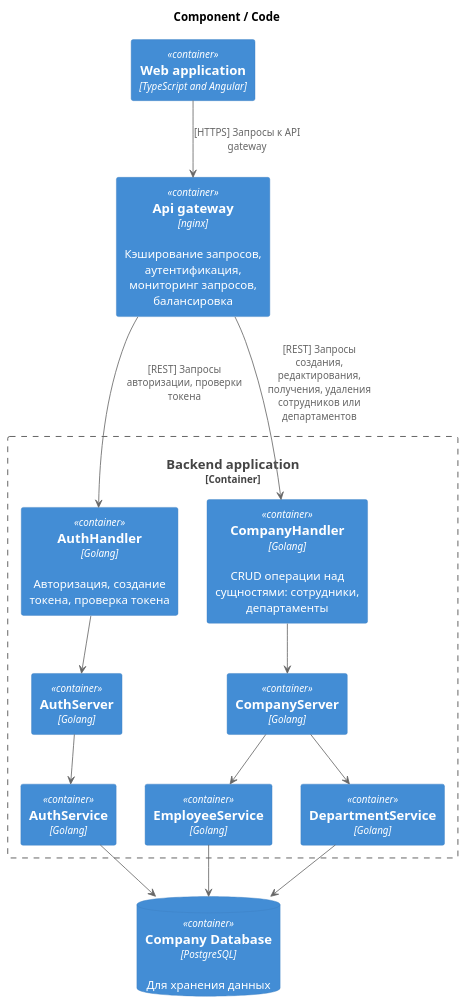
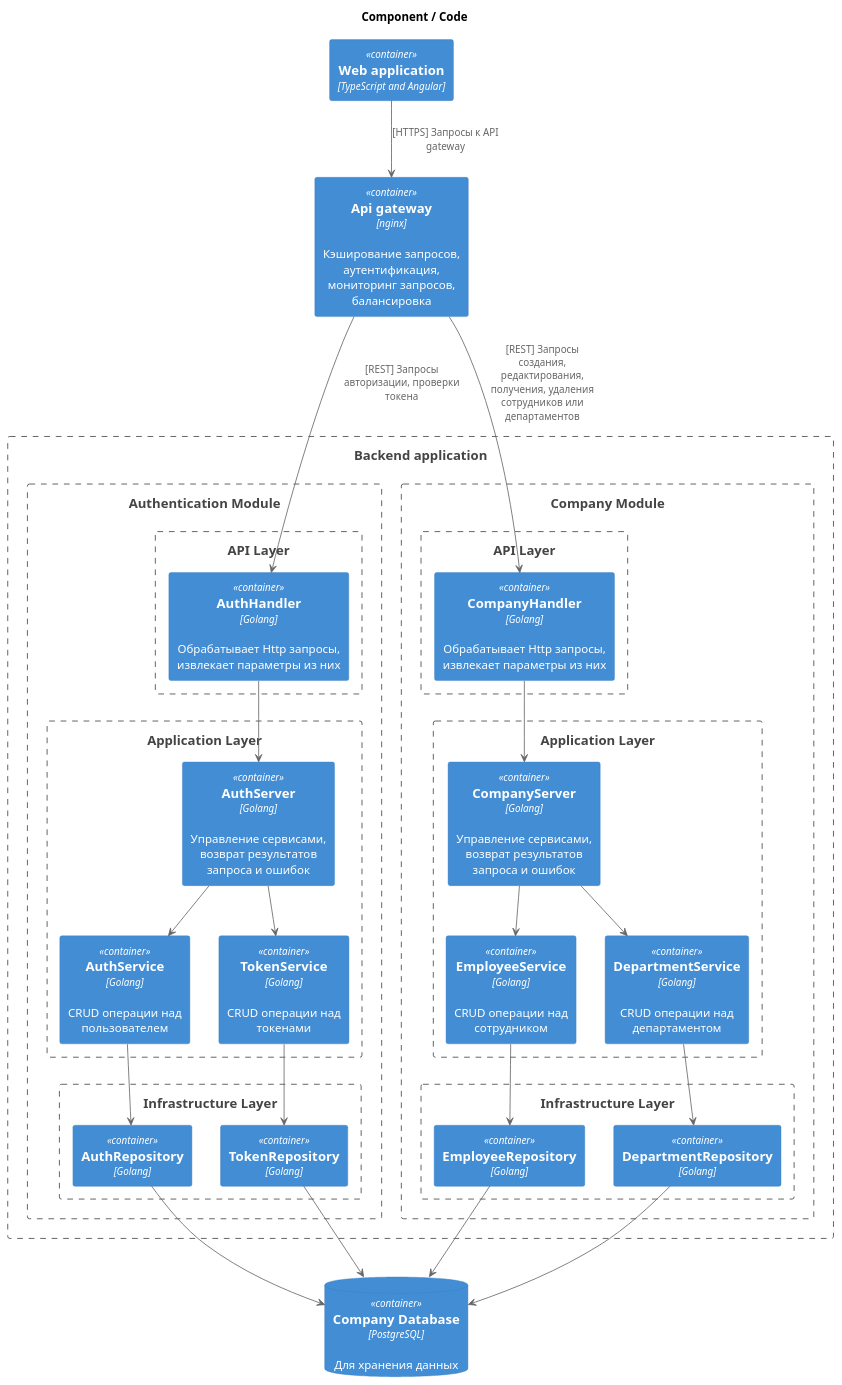
Before and after one commit to RoboutGulman/TeamTells: the diagram in 2. Teхнический проект/C4_component_code.plantuml, drawn with PlantUML. The commit also changed 1 other file, not shown here.

Commit message:
поправил диаграмму компонентов

```diff
--- a/2. Teхнический проект/C4_component_code.plantuml
+++ b/2. Teхнический проект/C4_component_code.plantuml
@@ -1,40 +1,77 @@
 @startuml Component
 !include https://raw.githubusercontent.com/plantuml-stdlib/C4-PlantUML/master/C4_Container.puml
 
 title Component / Code
 
+skinparam rectangle<<boundary>> {
+    Shadowing false
+    StereotypeFontSize 0
+    FontColor #444444
+    BorderColor #444444
+    BorderStyle dashed
+    BackgroundColor #FFFFFF
+}
+
 Container(web_app, "Web application", "TypeScript and Angular", "")
 
 Container(api_gateway, "Api gateway", "nginx", "Кэширование запросов, аутентификация, мониторинг запросов, балансировка")
 
-Container_Boundary(message_processing_system, "Backend application"){
-    
-    Container(auth_handler, "AuthHandler", "Golang", "Авторизация, создание токена, проверка токена")
-    Container(auth_server, "AuthServer", "Golang")
-    Container(auth_service, "AuthService", "Golang", "")
 
-    Container(company_handler, "CompanyHandler", "Golang", "CRUD операции над сущностями: сотрудники, департаменты")
-    Container(company_server, "CompanyServer", "Golang")
-    Container(employee_service, "EmployeeService", "Golang", "")
-    Container(department_service, "DepartmentService", "Golang", "")
-}
+  rectangle "==Backend application" <<boundary>> as backend {
+
+    rectangle "==Authentication Module" <<boundary>> as authModule {
+        rectangle "==API Layer" <<boundary>> as authAPILayer {
+            Container(auth_handler, "AuthHandler", "Golang", "Обрабатывает Http запросы, извлекает параметры из них")
+        }
+        rectangle "==Application Layer" <<boundary>> as authApplicationLayer {
+            Container(auth_server, "AuthServer", "Golang", "Управление сервисами, возврат результатов запроса и ошибок")
+            Container(auth_service, "AuthService", "Golang", "CRUD операции над пользователем")
+            Container(token_service, "TokenService", "Golang", "CRUD операции над токенами")
+        }
+        rectangle "==Infrastructure Layer" <<boundary>> as authInfrastructureLayer {
+            Container(auth_repo, "AuthRepository", "Golang", "")
+            Container(token_repo, "TokenRepository", "Golang", "")
+        }
+    }
+    rectangle "==Company Module" <<boundary>> as companyModule {
+            rectangle "==API Layer" <<boundary>> as companyAPILayer {
+                Container(company_handler, "CompanyHandler", "Golang", "Обрабатывает Http запросы, извлекает параметры из них")
+            }
+            rectangle "==Application Layer" <<boundary>> as companyApplicationLayer {
+                Container(company_server, "CompanyServer", "Golang", "Управление сервисами, возврат результатов запроса и ошибок")
+                Container(employee_service, "EmployeeService", "Golang", "CRUD операции над сотрудником")
+                Container(department_service, "DepartmentService", "Golang", "CRUD операции над департаментом")
+            }
+            rectangle "==Infrastructure Layer" <<boundary>> as companyInfrastructureLayer {
+                Container(employee_repo, "EmployeeRepository", "Golang", "")
+                Container(department_repo, "DepartmentRepository", "Golang", "")
+            }
+    }
+
+    }
 
 ContainerDb(company_database, "Company Database", "PostgreSQL", "Для хранения данных")
 
 web_app --> api_gateway : "[HTTPS] Запросы к API gateway"
 
 api_gateway --> auth_handler : "[REST] Запросы авторизации, проверки токена"
 
 auth_handler --> auth_server
 auth_server --> auth_service
-auth_service --> company_database
+auth_server --> token_service
+auth_service --> auth_repo
+auth_repo--> company_database
+token_service --> token_repo
+token_repo --> company_database
 
 api_gateway --> company_handler : "[REST] Запросы создания, редактирования, получения, удаления сотрудников или департаментов"
 
 company_handler --> company_server
 company_server --> employee_service
 company_server --> department_service
-department_service --> company_database
-employee_service --> company_database
+department_service --> department_repo
+department_repo--> company_database
+employee_service -->employee_repo
+employee_repo--> company_database
 
 @enduml
```
